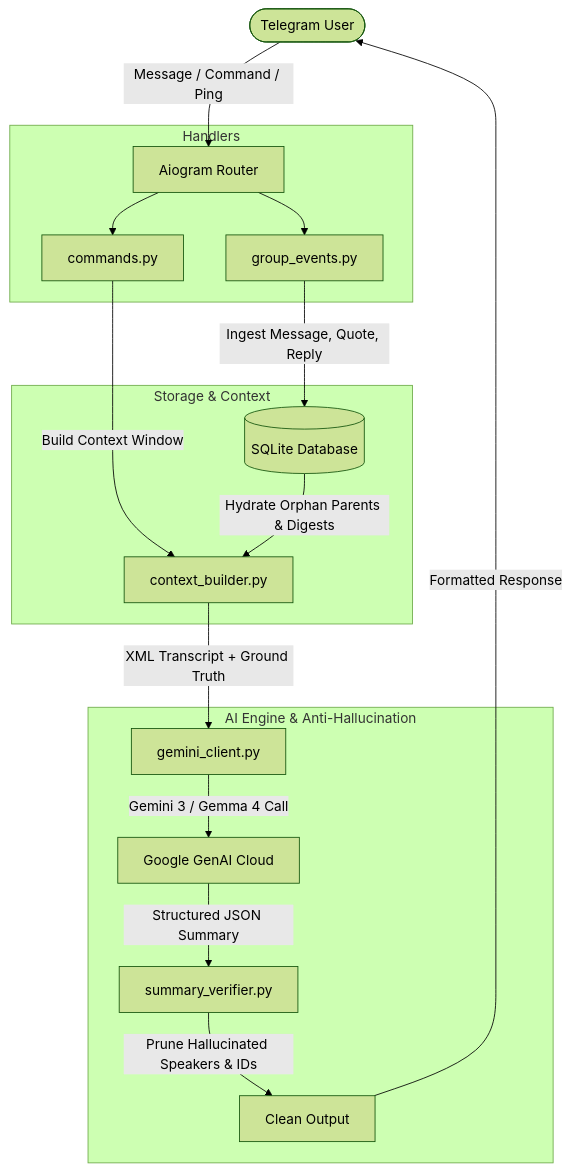
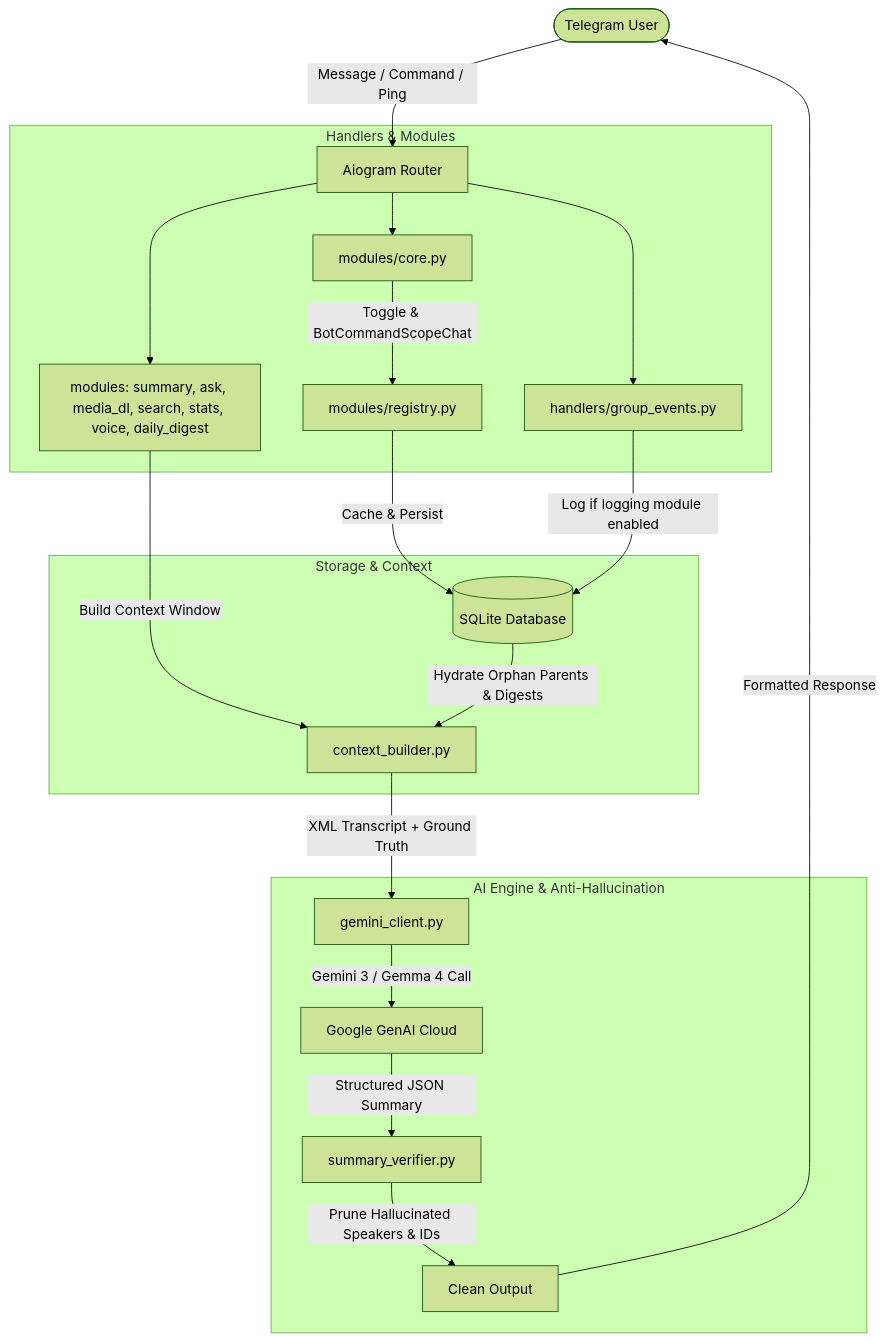
One commit to oleksandrmyhydiuk/ai-tg-bot changed the diagram in docs/architecture.md. Above: the diagram before and after it, drawn with Mermaid (forest theme). The commit also changed other lines of this file and 7 other files, not shown here.

Commit message:
docs: update README and MkDocs documentation for modular architecture

````diff
--- a/docs/architecture.md
+++ b/docs/architecture.md
@@ -9,24 +9,27 @@
 ```mermaid
 graph TD
     User([Telegram User]) -->|Message / Command / Ping| Router[Aiogram Router]
     
-    subgraph Handlers
-        Router --> CmdHandler[commands.py]
-        Router --> GroupHandler[group_events.py]
+    subgraph Handlers & Modules
+        Router --> CoreMod[modules/core.py]
+        Router --> FeatureMods[modules: summary, ask, media_dl, search, stats, voice, daily_digest]
+        Router --> GroupHandler[handlers/group_events.py]
+        CoreMod -->|Toggle & BotCommandScopeChat| Registry[modules/registry.py]
     end
     
     subgraph Storage & Context
-        GroupHandler -->|Ingest Message, Quote, Reply| SQLite[(SQLite Database)]
-        CmdHandler -->|Build Context Window| CtxBuilder[context_builder.py]
+        Registry -->|Cache & Persist| SQLite[(SQLite Database)]
+        GroupHandler -->|Log if logging module enabled| SQLite
+        FeatureMods -->|Build Context Window| CtxBuilder[context_builder.py]
         SQLite -->|Hydrate Orphan Parents & Digests| CtxBuilder
     end
     
     subgraph AI Engine & Anti-Hallucination
         CtxBuilder -->|XML Transcript + Ground Truth| LLMClient[gemini_client.py]
         LLMClient -->|Gemini 3 / Gemma 4 Call| GeminiAPI[Google GenAI Cloud]
         GeminiAPI -->|Structured JSON Summary| Verifier[summary_verifier.py]
         Verifier -->|Prune Hallucinated Speakers & IDs| OutputFormatter[Clean Output]
     end
     
     OutputFormatter -->|Formatted Response| User
 ```
````
